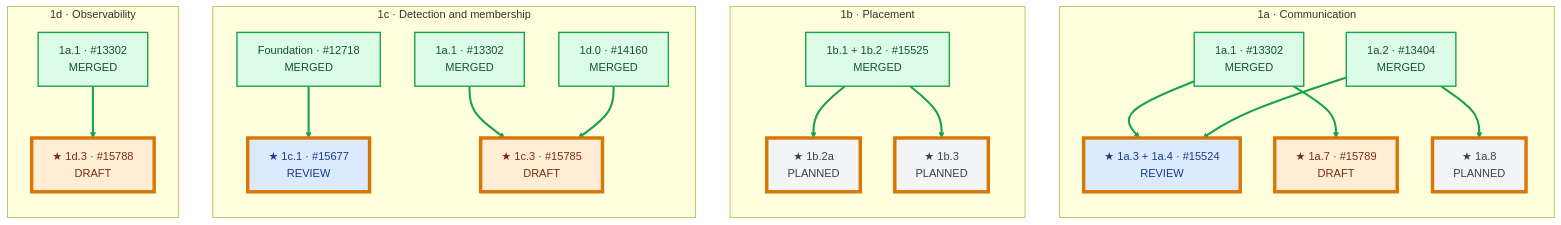
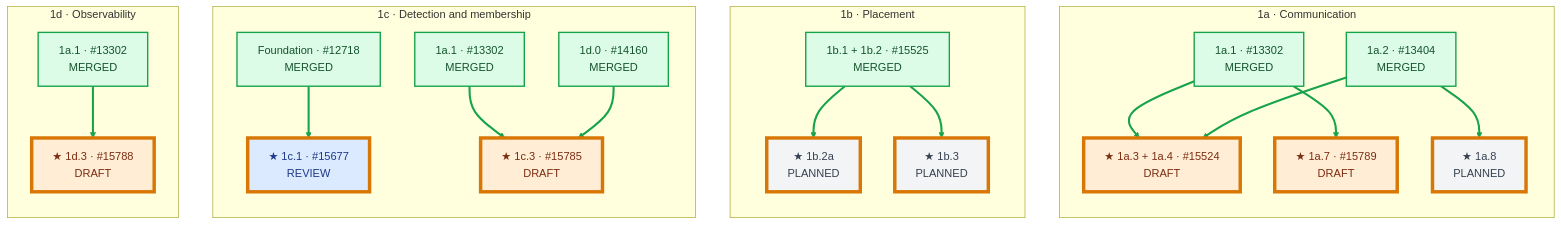
One commit to chienchunhung/TensorRT-LLM changed the first of 8 diagrams in docs/design/wide-ep-fault-tolerance/pr-execution/mvp-dependency-graph.md. Above: the diagram before and after it, drawn with Mermaid. The commit also changed other lines of this file, not shown here.

Commit message:
docs: add holistic MVP dependency graph

````diff
--- a/docs/design/wide-ep-fault-tolerance/pr-execution/mvp-dependency-graph.md
+++ b/docs/design/wide-ep-fault-tolerance/pr-execution/mvp-dependency-graph.md
@@ -38,57 +40,57 @@
 ```mermaid
 flowchart TB
     subgraph ACTION_COMM["1a · Communication"]
         direction TB
         A11_C["1a.1 · #13302<br/>MERGED"]
         A12_C["1a.2 · #13404<br/>MERGED"]
-        A134["★ 1a.3 + 1a.4 · #15524<br/>REVIEW"]
+        A134["★ 1a.3 + 1a.4 · #15524<br/>DRAFT"]
         A17["★ 1a.7 · #15789<br/>DRAFT"]
         A18["★ 1a.8<br/>PLANNED"]
         A11_C --> A134
         A12_C --> A134
         A11_C --> A17
         A12_C --> A18
     end
 
     subgraph ACTION_PLACE["1b · Placement"]
         direction TB
         B112_P["1b.1 + 1b.2 · #15525<br/>MERGED"]
         B12A["★ 1b.2a<br/>PLANNED"]
         B13["★ 1b.3<br/>PLANNED"]
         B112_P --> B12A
         B112_P --> B13
     end
 
     subgraph ACTION_CONTROL["1c · Detection and membership"]
         direction TB
         P12718_C["Foundation · #12718<br/>MERGED"]
         A11_C2["1a.1 · #13302<br/>MERGED"]
         D10_C["1d.0 · #14160<br/>MERGED"]
         C11["★ 1c.1 · #15677<br/>REVIEW"]
         C13["★ 1c.3 · #15785<br/>DRAFT"]
         P12718_C --> C11
         A11_C2 --> C13
         D10_C --> C13
     end
 
     subgraph ACTION_LIFECYCLE["1d · Observability"]
         direction TB
         A11_D["1a.1 · #13302<br/>MERGED"]
         D13["★ 1d.3 · #15788<br/>DRAFT"]
         A11_D --> D13
     end
 
     linkStyle default stroke:#16a34a,stroke-width:3px;
 
     classDef merged fill:#dcfce7,stroke:#16a34a,color:#14532d,stroke-width:2px;
     classDef draft fill:#ffedd5,stroke:#f97316,color:#7c2d12,stroke-width:2px;
     classDef reviewing fill:#dbeafe,stroke:#2563eb,color:#1e3a8a,stroke-width:2px;
     classDef planned fill:#f3f4f6,stroke:#6b7280,color:#374151,stroke-dasharray:5 5;
     classDef candidate stroke:#d97706,stroke-width:5px,stroke-dasharray:0;
 
     class A11_C,A12_C,B112_P,P12718_C,A11_C2,D10_C,A11_D merged;
-    class A17,C13,D13 draft;
-    class A134,C11 reviewing;
+    class A134,A17,C13,D13 draft;
+    class C11 reviewing;
     class A18,B12A,B13 planned;
     class A134,A17,A18,B12A,B13,C11,C13,D13 candidate;
 ```
````
